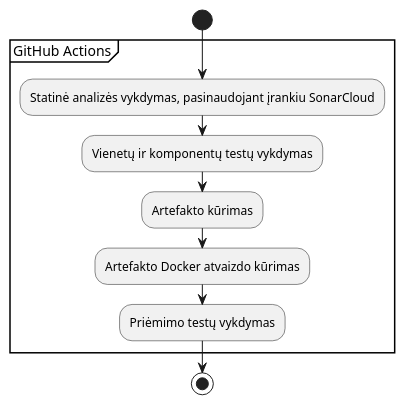
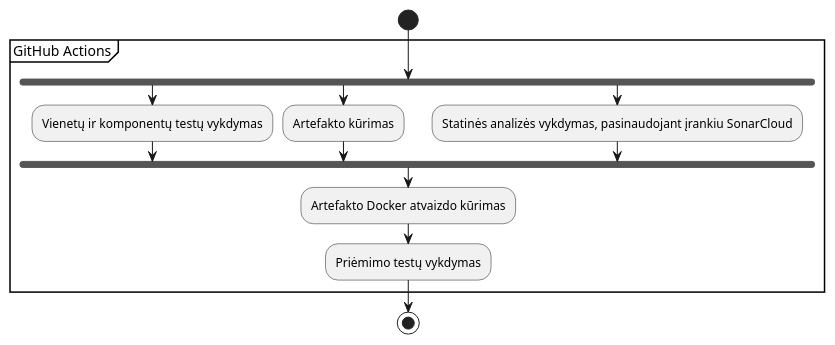
Before and after one commit to mila973/CD-pipeline-app: the diagram in docs/CI.puml, drawn with PlantUML. The commit also changed 3 other files, not shown here.

```diff
--- a/docs/CI.puml
+++ b/docs/CI.puml
@@ -1,15 +1,19 @@
 @startuml
 skinparam ConditionEndStyle hline
 skinparam defaultTextAlignment center
 start
 
     partition "GitHub Actions" {
-        :Statinė analizės vykdymas, pasinaudojant įrankiu SonarCloud;
+        fork
         :Vienetų ir komponentų testų vykdymas;
+        fork again
         :Artefakto kūrimas;
+        fork again
+        :Statinės analizės vykdymas, pasinaudojant įrankiu SonarCloud;
+        end fork
         :Artefakto Docker atvaizdo kūrimas;
         :Priėmimo testų vykdymas;
     }
 
 stop
 @enduml
```
